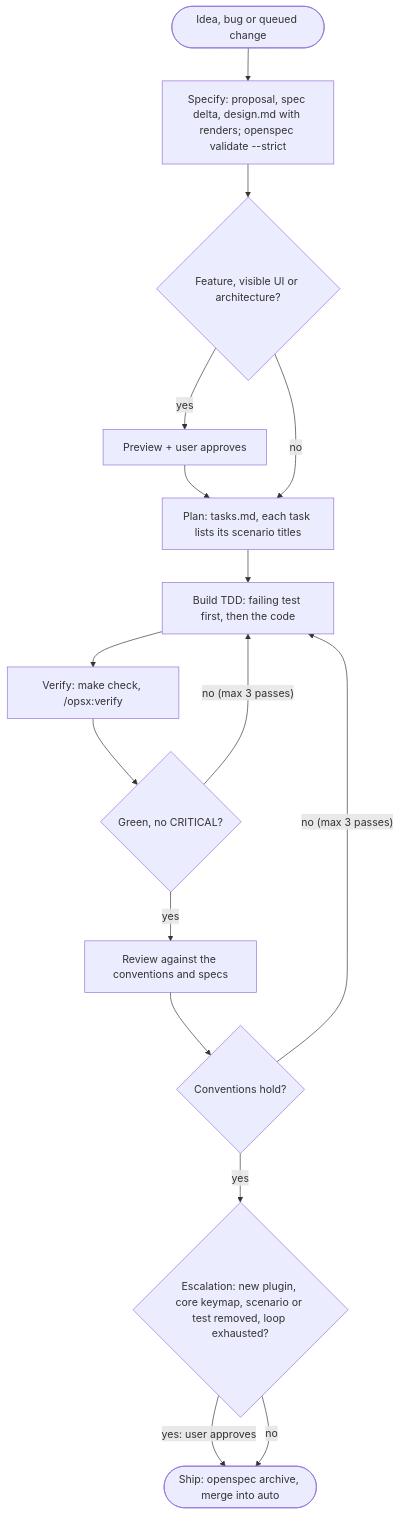
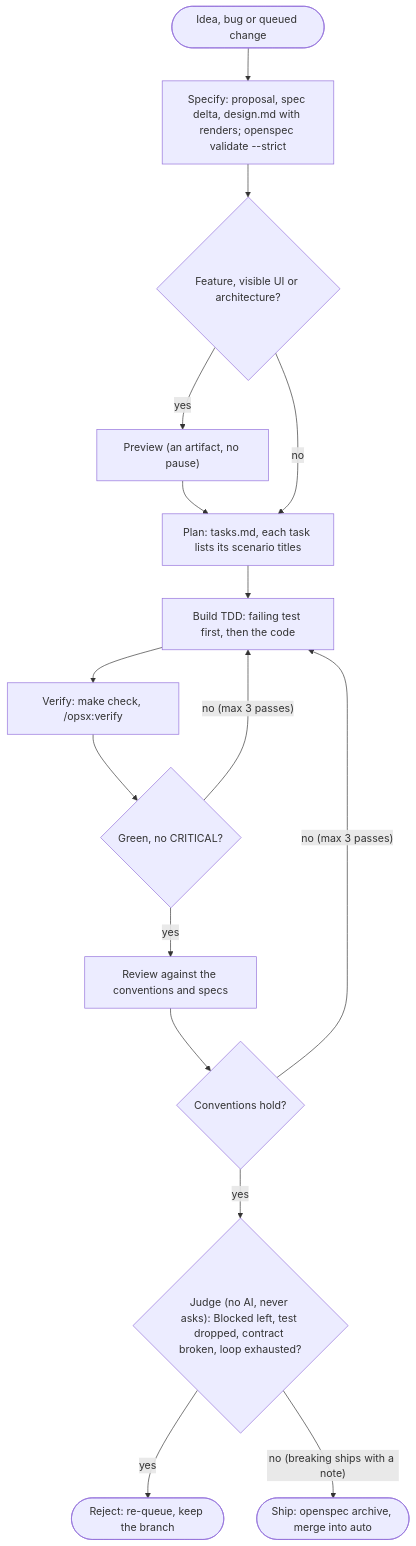
One commit to GlebBeloded/nvim.config changed the third of 4 diagrams in docs/architecture.md. Above: the diagram before and after it, drawn with Mermaid. The commit also changed 59 other files, not shown here.

````diff
--- a/docs/architecture.md
+++ b/docs/architecture.md
@@ -97,26 +97,27 @@
 ```mermaid
 flowchart TD
     idea(["Idea, bug or queued change"])
     spec["Specify: proposal, spec delta, design.md with renders; openspec validate --strict"]
     esc{"Feature, visible UI or architecture?"}
-    user["Preview + user approves"]
+    user["Preview (an artifact, no pause)"]
     plan["Plan: tasks.md, each task lists its scenario titles"]
     build["Build TDD: failing test first, then the code"]
     verify["Verify: make check, /opsx:verify"]
     green{"Green, no CRITICAL?"}
     align["Review against the conventions and specs"]
     ok{"Conventions hold?"}
-    gate{"Escalation: new plugin, core keymap, scenario or test removed, loop exhausted?"}
+    gate{"Judge (no AI, never asks): Blocked left, test dropped, contract broken, loop exhausted?"}
+    requeue(["Reject: re-queue, keep the branch"])
     ship(["Ship: openspec archive, merge into auto"])
 
     idea --> spec --> esc
     esc -- "yes" --> user --> plan
     esc -- "no" --> plan
     plan --> build --> verify --> green
     green -- "no (max 3 passes)" --> build
     green -- "yes" --> align --> ok
     ok -- "no (max 3 passes)" --> build
     ok -- "yes" --> gate
-    gate -- "yes: user approves" --> ship
-    gate -- "no" --> ship
+    gate -- "yes" --> requeue
+    gate -- "no (breaking ships with a note)" --> ship
 ```
````
